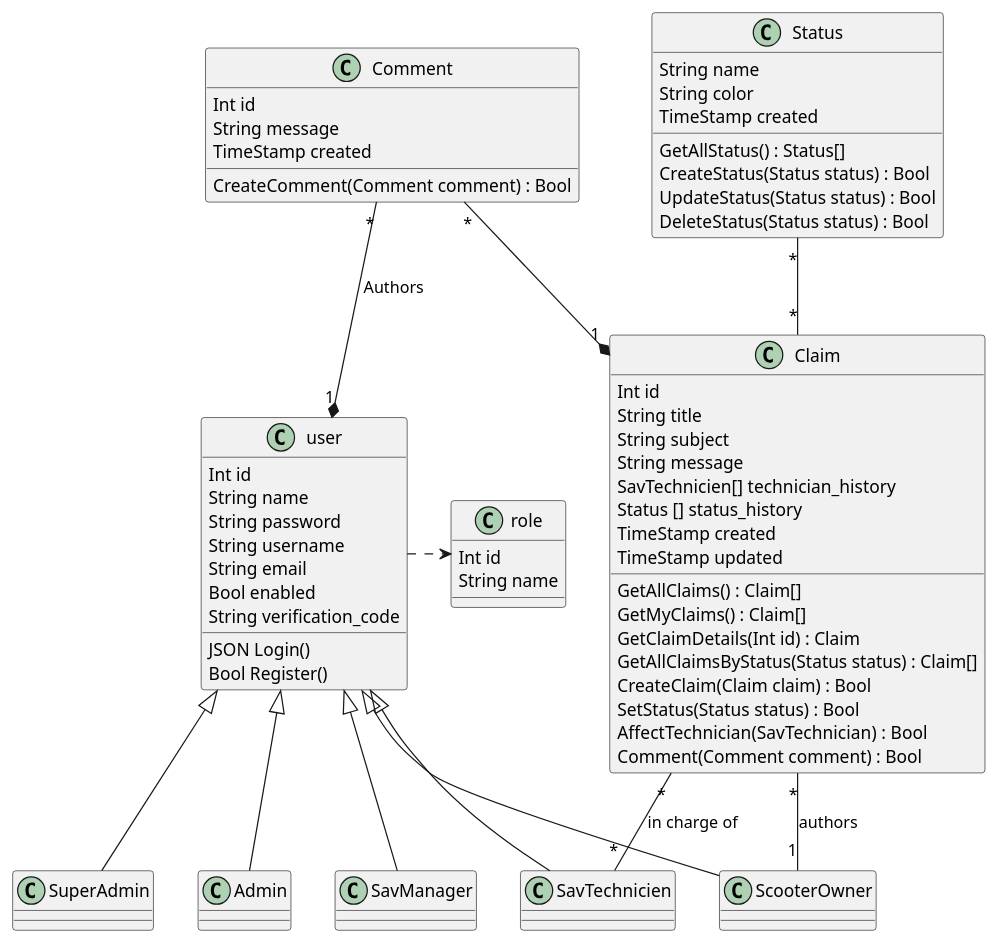
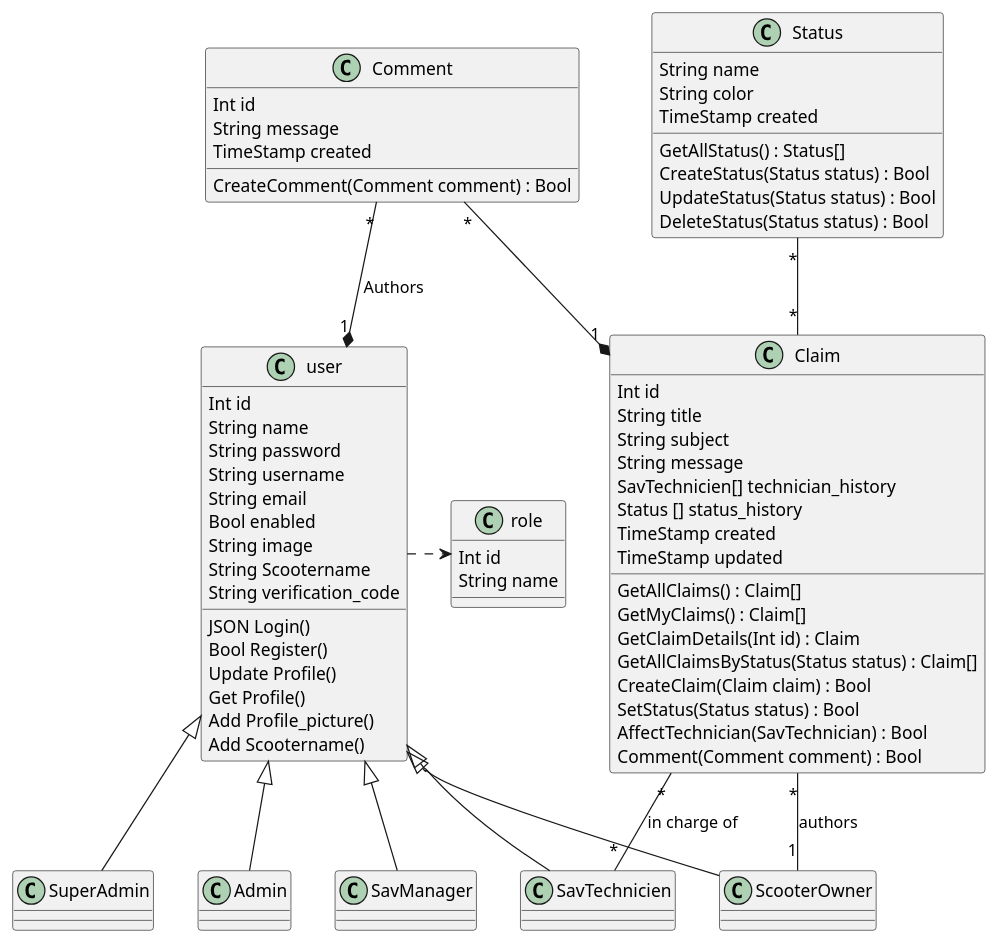
One commit to smurfsDev/pixii-project changed the diagram in rapport/class/claims_class_diagram.wsd. Above: the diagram before and after it, drawn with PlantUML. The commit also changed 2 other files, not shown here.

```diff
--- a/rapport/class/claims_class_diagram.wsd
+++ b/rapport/class/claims_class_diagram.wsd
@@ -1,85 +1,91 @@
 @startuml claims_class_diagram
 Class user {
 Int id
 String name
 String password
 String username
 String email
 Bool enabled 
+String image
+String Scootername
 String verification_code
 JSON Login()
 Bool Register()
+Update Profile()
+Get Profile()
+Add Profile_picture()
+Add Scootername()
 }
 
 Class role{
 Int id
 String name
 }
 
 user .right.> role
 
  
 Class SuperAdmin{}
 Class Admin{}
 Class SavManager{}
 Class SavTechnicien{}
 Class ScooterOwner{}
 
 
 top to bottom direction
 user <|-- SuperAdmin
 user <|-- Admin
 user <|-- SavManager
 user <|-- SavTechnicien
 user <|-- ScooterOwner
 
 Class Claim {
 Int id
 String title
 String subject
 String message
 SavTechnicien[] technician_history
 Status [] status_history
 TimeStamp created
 TimeStamp updated
 
 GetAllClaims() : Claim[]
 GetMyClaims() : Claim[]
 GetClaimDetails(Int id) : Claim
 GetAllClaimsByStatus(Status status) : Claim[]
 CreateClaim(Claim claim) : Bool
 SetStatus(Status status) : Bool
 AffectTechnician(SavTechnician) : Bool
 Comment(Comment comment) : Bool
 
 }
 
 Class Comment{
 Int id
 String message
 TimeStamp created
 
 CreateComment(Comment comment) : Bool
 
 }
 
 Class Status{
 String name
 String color
 TimeStamp created
 
 GetAllStatus() : Status[]
 CreateStatus(Status status) : Bool
 UpdateStatus(Status status) : Bool
 DeleteStatus(Status status) : Bool
 
 }
 
 Claim "*"--"*" SavTechnicien : in charge of 
 Claim "*"--"1" ScooterOwner : authors
 Comment "*"--*"1" Claim
 Comment "*"--*"1" user : Authors
 Status "*"--"*" Claim
 
 
 @enduml
```
